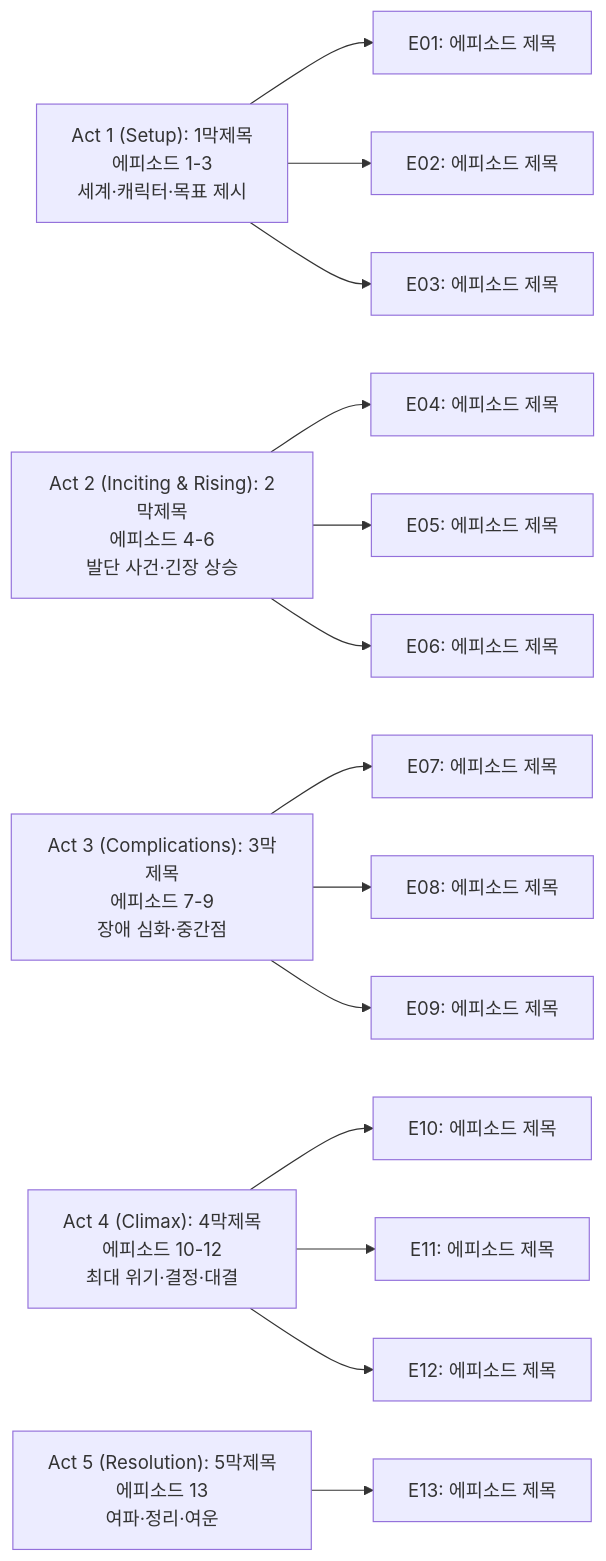
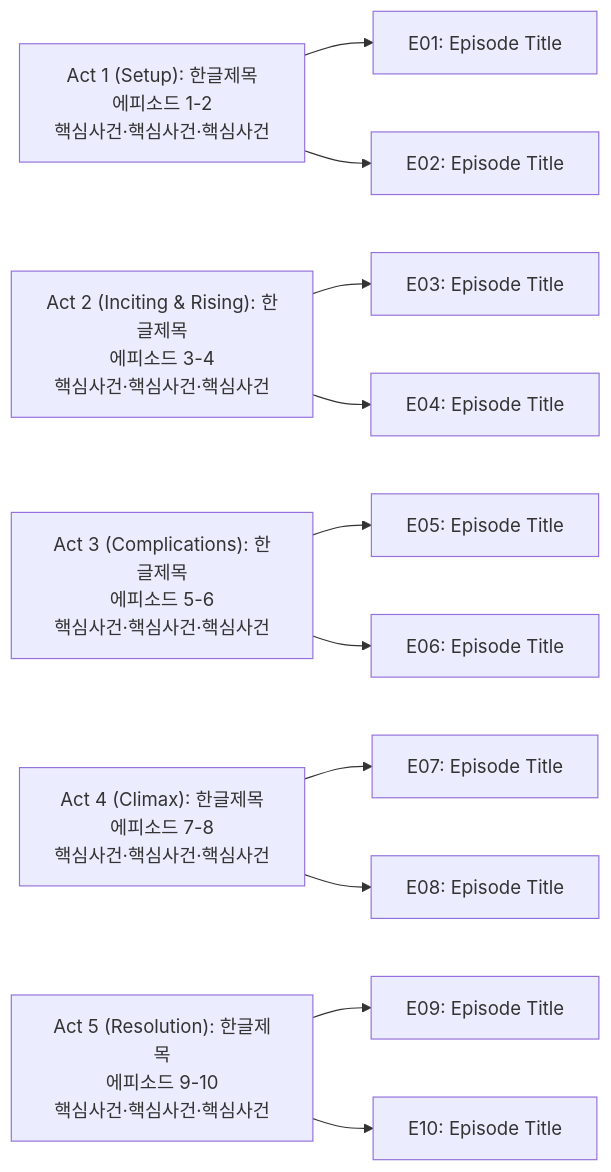
The diagram in content/collection/TV-Show/.cursor/rules/tv-series-review-writing-rules.mdc (42jerrykim/42jerrykim.github.io), drawn with Mermaid before and after one commit. The commit also changed other lines of this file and 4 other files, not shown here.

````diff
--- a/content/collection/TV-Show/.cursor/rules/tv-series-review-writing-rules.mdc
+++ b/content/collection/TV-Show/.cursor/rules/tv-series-review-writing-rules.mdc
@@ -169,21 +242,18 @@
 ```mermaid
 flowchart LR
-    A["Act 1 (Setup): 1막제목<br/>에피소드 1-3<br/>세계·캐릭터·목표 제시"]
-    B["Act 2 (Inciting & Rising): 2막제목<br/>에피소드 4-6<br/>발단 사건·긴장 상승"]
-    C["Act 3 (Complications): 3막제목<br/>에피소드 7-9<br/>장애 심화·중간점"]
-    D["Act 4 (Climax): 4막제목<br/>에피소드 10-12<br/>최대 위기·결정·대결"]
-    E["Act 5 (Resolution): 5막제목<br/>에피소드 13<br/>여파·정리·여운"]
-    A --> A1["E01: 에피소드 제목"]
-    A --> A2["E02: 에피소드 제목"]
-    A --> A3["E03: 에피소드 제목"]
-    B --> B1["E04: 에피소드 제목"]
-    B --> B2["E05: 에피소드 제목"]
-    B --> B3["E06: 에피소드 제목"]
-    C --> C1["E07: 에피소드 제목"]
-    C --> C2["E08: 에피소드 제목"]
-    C --> C3["E09: 에피소드 제목"]
-    D --> D1["E10: 에피소드 제목"]
-    D --> D2["E11: 에피소드 제목"]
-    D --> D3["E12: 에피소드 제목"]
-    E --> E1["E13: 에피소드 제목"]
+    A["Act 1 (Setup): 한글제목</br>에피소드 1-2</br>핵심사건·핵심사건·핵심사건"]
+    B["Act 2 (Inciting & Rising): 한글제목</br>에피소드 3-4</br>핵심사건·핵심사건·핵심사건"]
+    C["Act 3 (Complications): 한글제목</br>에피소드 5-6</br>핵심사건·핵심사건·핵심사건"]
+    D["Act 4 (Climax): 한글제목</br>에피소드 7-8</br>핵심사건·핵심사건·핵심사건"]
+    E["Act 5 (Resolution): 한글제목</br>에피소드 9-10</br>핵심사건·핵심사건·핵심사건"]
+    A --> A1["E01: Episode Title"]
+    A --> A2["E02: Episode Title"]
+    B --> B1["E03: Episode Title"]
+    B --> B2["E04: Episode Title"]
+    C --> C1["E05: Episode Title"]
+    C --> C2["E06: Episode Title"]
+    D --> D1["E07: Episode Title"]
+    D --> D2["E08: Episode Title"]
+    E --> E1["E09: Episode Title"]
+    E --> E2["E10: Episode Title"]
 ```
````
